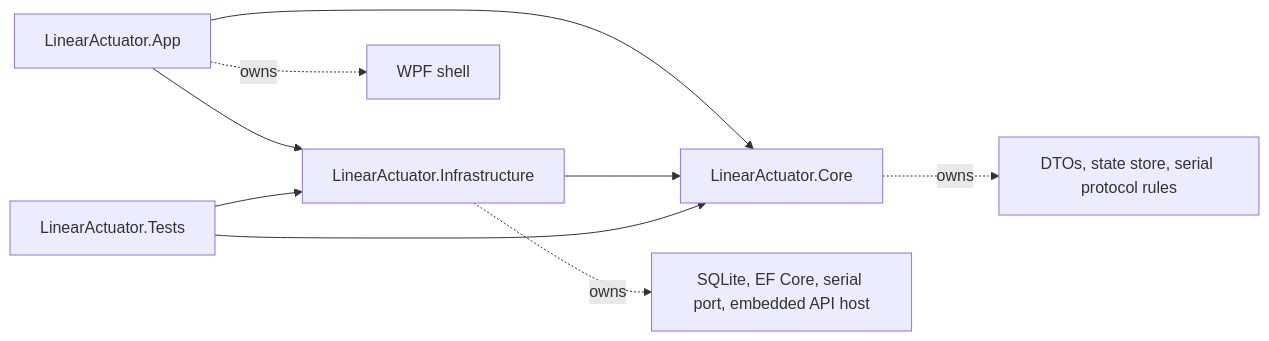
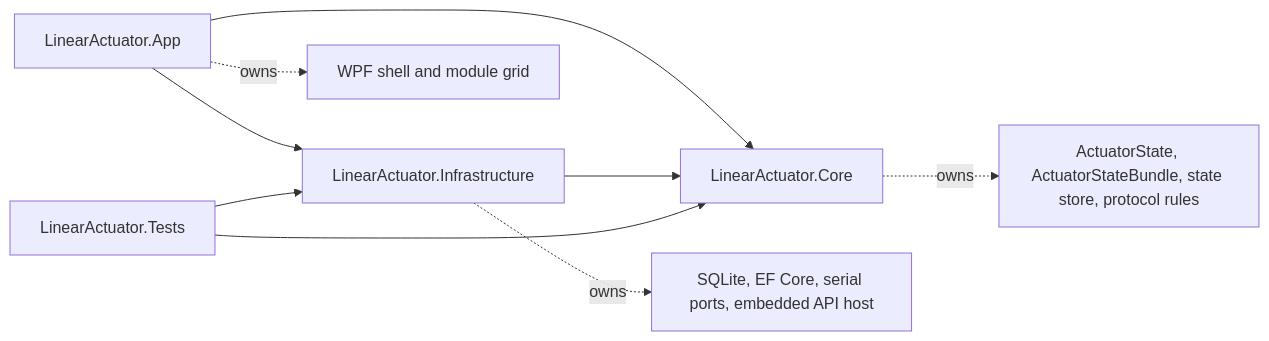
Before and after one commit to Arastookhajehee/linear_actuator_dev: the second of 8 diagrams in linear_actuator/SYSTEM_DIAGRAM.md, drawn with Mermaid. The commit also changed other lines of this file and 16 other files, not shown here.

Commit message:
Add bundled actuator module support

````diff
--- a/linear_actuator/SYSTEM_DIAGRAM.md
+++ b/linear_actuator/SYSTEM_DIAGRAM.md
@@ -37,17 +48,17 @@
 ```mermaid
 flowchart LR
     app[LinearActuator.App]
     core[LinearActuator.Core]
     infra[LinearActuator.Infrastructure]
     tests[LinearActuator.Tests]
 
     app --> core
     app --> infra
     infra --> core
     tests --> core
     tests --> infra
 
-    app -. owns .-> wpf[WPF shell]
-    core -. owns .-> model[DTOs, state store, serial protocol rules]
-    infra -. owns .-> integrations[SQLite, EF Core, serial port, embedded API host]
+    app -. owns .-> wpf[WPF shell and module grid]
+    core -. owns .-> domain[ActuatorState, ActuatorStateBundle, state store, protocol rules]
+    infra -. owns .-> adapters[SQLite, EF Core, serial ports, embedded API host]
 ```
````
